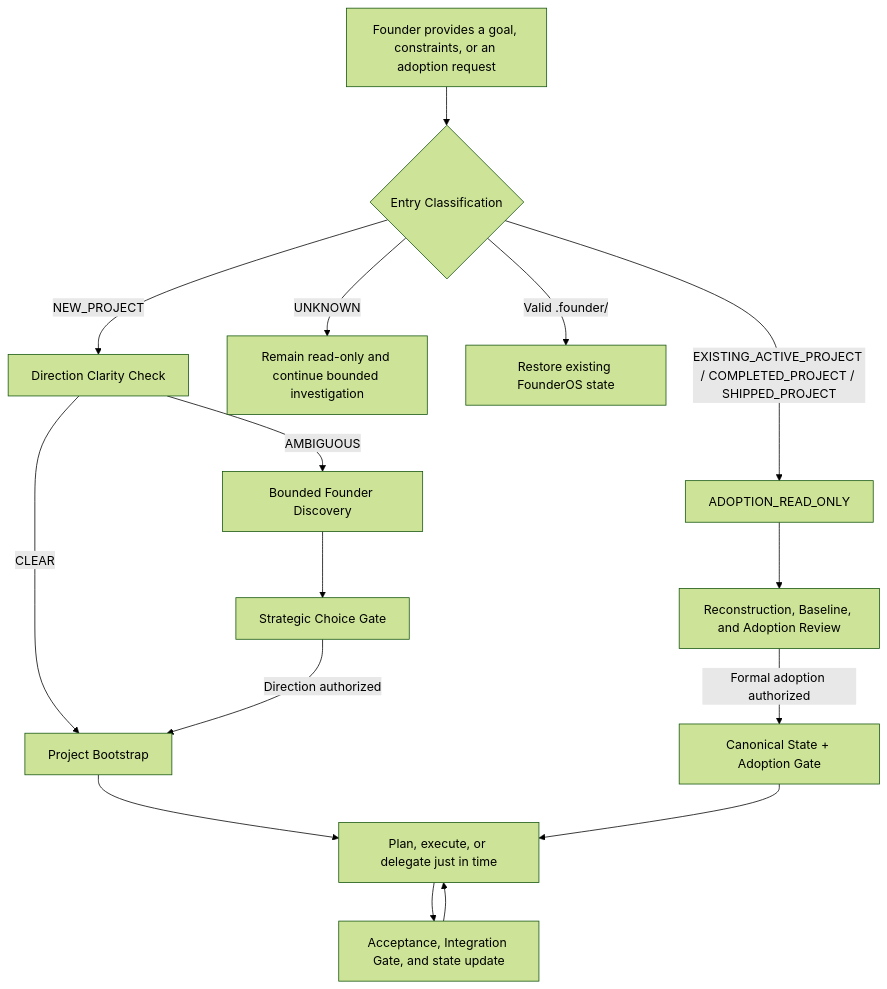
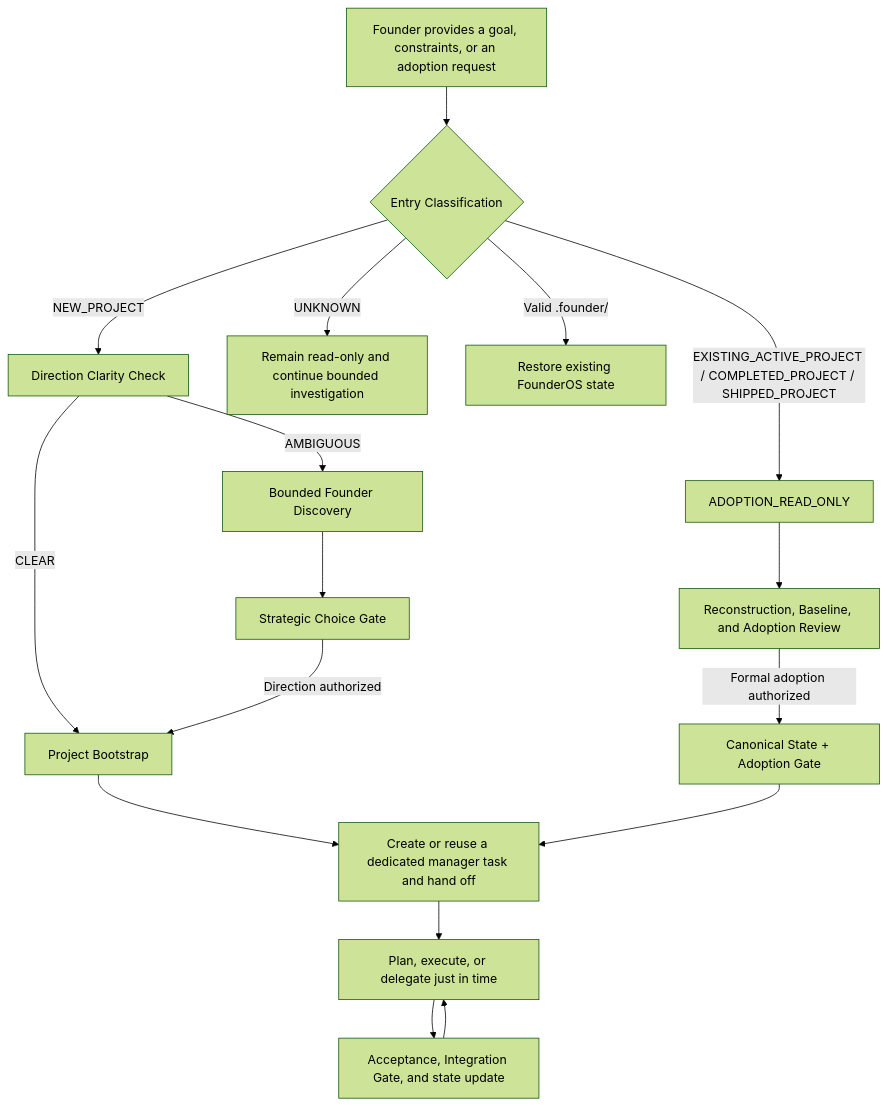
One commit to zhouczcz/founder-os changed the diagram in .github/README.en.md. Above: the diagram before and after it, drawn with Mermaid (forest theme). The commit also changed other lines of this file and 7 other files, not shown here.

Commit message:
open dedicated manager task after project setup

````diff
--- a/.github/README.en.md
+++ b/.github/README.en.md
@@ -42,18 +43,19 @@
 ```mermaid
 flowchart TD
     A["Founder provides a goal, constraints, or an adoption request"] --> B{"Entry Classification"}
     B -->|NEW_PROJECT| C["Direction Clarity Check"]
     C -->|CLEAR| D["Project Bootstrap"]
     C -->|AMBIGUOUS| E["Bounded Founder Discovery"]
     E --> F["Strategic Choice Gate"]
     F -->|Direction authorized| D
     B -->|EXISTING_ACTIVE_PROJECT / COMPLETED_PROJECT / SHIPPED_PROJECT| G["ADOPTION_READ_ONLY"]
     B -->|UNKNOWN| L["Remain read-only and continue bounded investigation"]
     B -->|Valid .founder/| M["Restore existing FounderOS state"]
     G --> H["Reconstruction, Baseline, and Adoption Review"]
     H -->|Formal adoption authorized| I["Canonical State + Adoption Gate"]
-    D --> J["Plan, execute, or delegate just in time"]
-    I --> J
+    D --> N["Create or reuse a dedicated manager task and hand off"]
+    I --> N
+    N --> J["Plan, execute, or delegate just in time"]
     J --> K["Acceptance, Integration Gate, and state update"]
     K --> J
 ```
````
